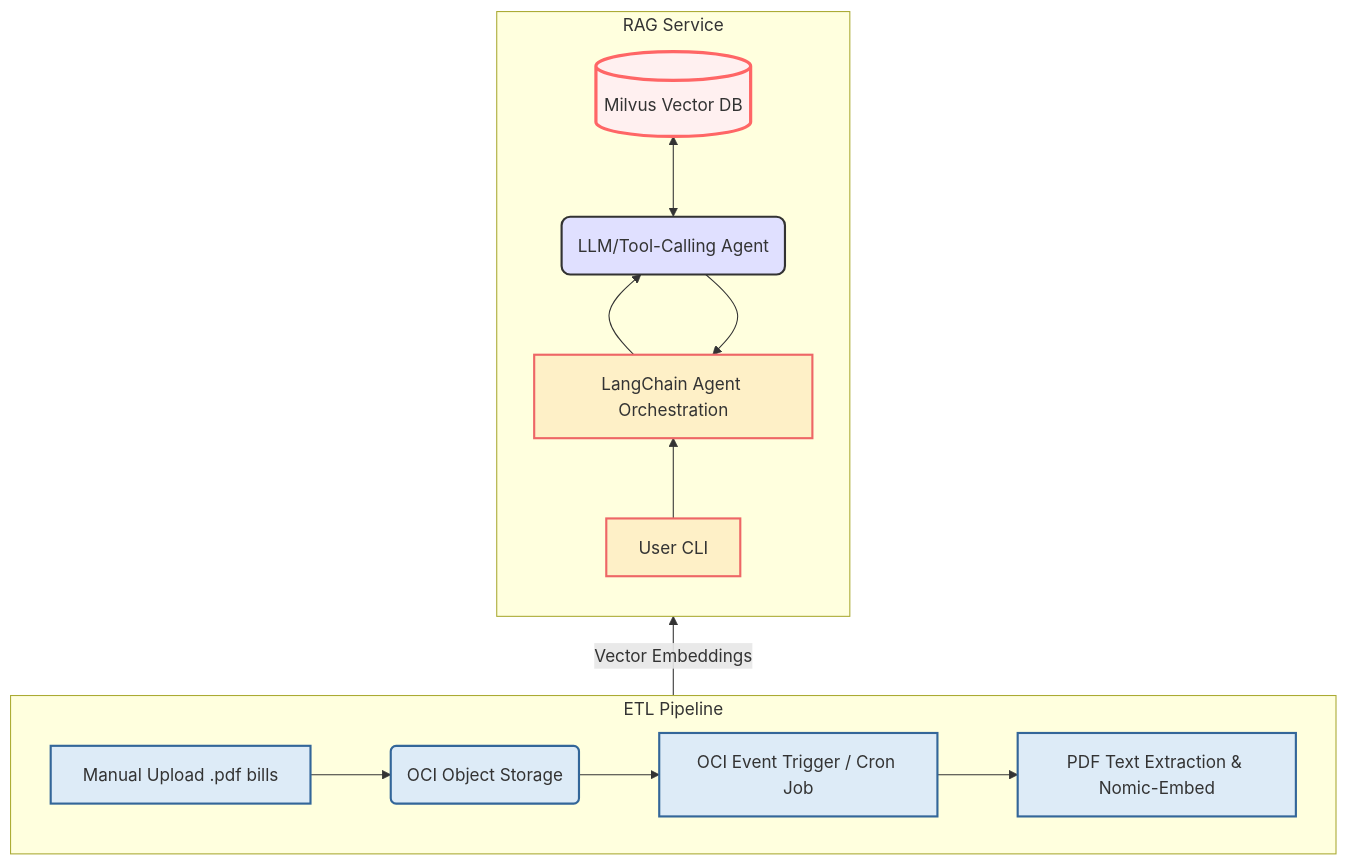
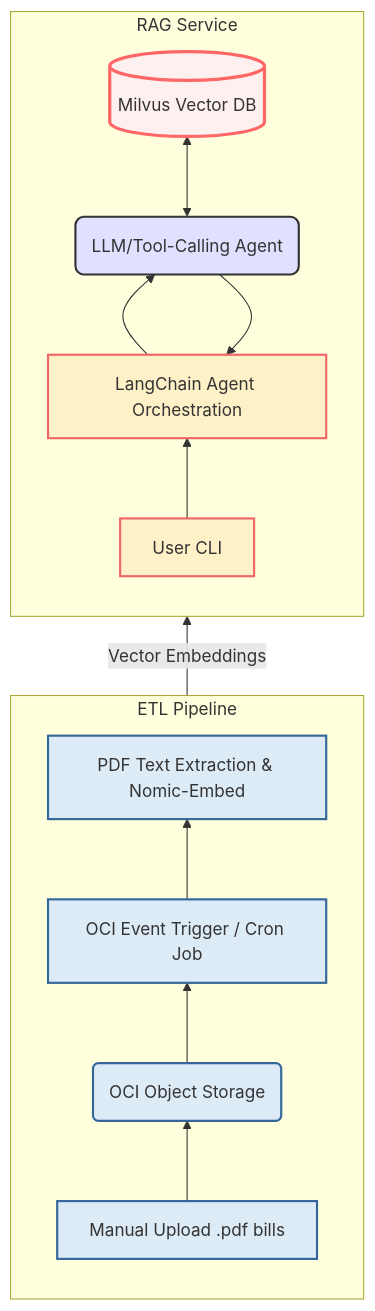
Before and after one commit to Alvan-Dmello/Intelligent-Utility-Bill-RAG: the diagram in README.md, drawn with Mermaid.

````diff
--- a/README.md
+++ b/README.md
@@ -29,79 +29,79 @@
 ```mermaid
 
 graph BT
 
 classDef etl fill:#DDEBF7,stroke:#369,stroke-width:2px;
 
 classDef rag fill:#FEF0C7,stroke:#E66,stroke-width:2px;
 
 classDef db fill:#FCE9E9,stroke:#F00,stroke-width:3px;
 
 classDef interface fill:#E6FFED,stroke:#0A0;
 
 
 
 subgraph ETL Pipeline
 
-direction LR
+direction BT
 
 A[Manual Upload .pdf bills]:::interface
 
 B(OCI Object Storage)
 
 C[OCI Event Trigger / Cron Job]
 
 D[PDF Text Extraction & Nomic-Embed]
 
 
 
 A --> B --> C --> D;
 
 class A,B,C,D etl
 
 end
 
 
 
 subgraph RAG Service
 
 direction BT
 
 F[User CLI]:::interface
 
 I[LangChain Agent Orchestration]
 
 H(LLM/Tool-Calling Agent)
 
 E[(Milvus Vector DB)]:::db
 
 
 
 F --> I;
 
 I --> H;
 
 H <--> E;
 
 H --> I;
 
 
 
 class F,I,H rag
 
 end
 
 
 
 %% Link the two subgraphs
 
 D -- Vector Embeddings --> E;
 
 
 
 %% Explicitly style the DB and Agent for emphasis (optional, can be removed if classes are enough)
 
 style H fill:#E0E0FF,stroke:#333,stroke-width:2px,rx:8px,ry:8px
 
 style E fill:#FFF0F0,stroke:#F66,stroke-width:3px
 
 ```
````
